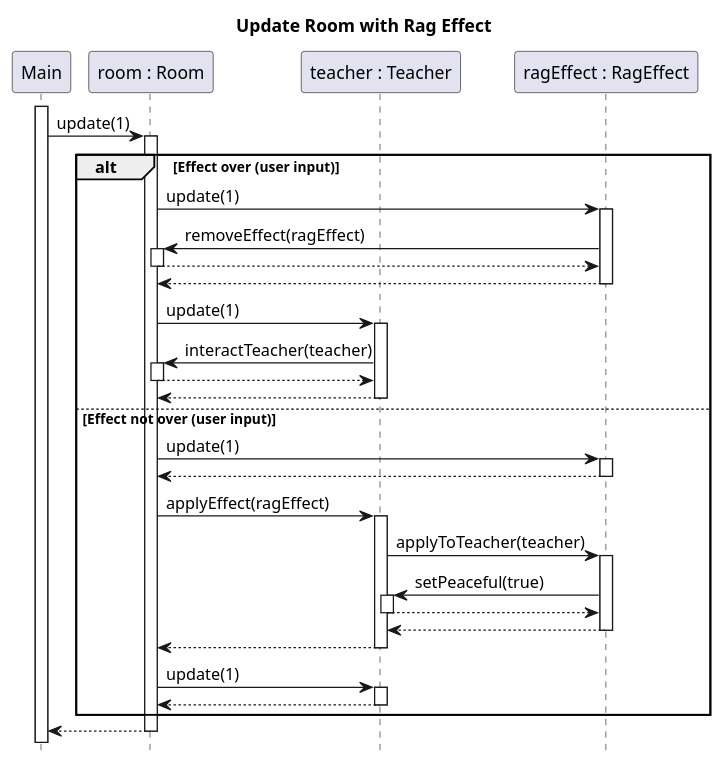
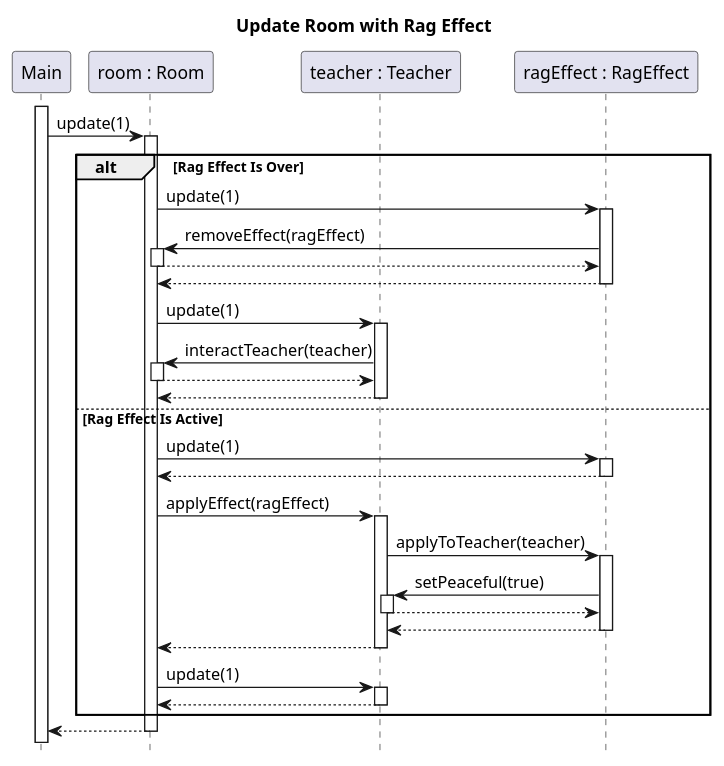
Before and after one commit to sn4k3ch4rm3r/logarlec: the diagram in docs/diagrams/test-sequence/room-update-rag-effect.puml, drawn with PlantUML. The commit also changed 11 other files, not shown here.

Commit message:
Fixed mistakes in test sequences

```diff
--- a/docs/diagrams/test-sequence/room-update-rag-effect.puml
+++ b/docs/diagrams/test-sequence/room-update-rag-effect.puml
@@ -1,38 +1,38 @@
 @startuml room-update-rag-effect
 title Update Room with Rag Effect
 hide footbox
 autoactivate on
 skinparam SequenceReferenceBackgroundColor white
 
 participant Main
 participant "room : Room" as room
 participant "teacher : Teacher" as teacher
 participant "ragEffect : RagEffect" as rag
 
 activate Main
 Main -> room : update(1)
-    alt Effect over (user input)
+    alt Rag Effect Is Over
     room -> rag : update(1)
         rag -> room : removeEffect(ragEffect)
         return
     return
     room -> teacher : update(1)
          teacher -> room : interactTeacher(teacher)
          return
     return
-    else Effect not over (user input)
+    else Rag Effect Is Active
     room -> rag : update(1)
     return
     room -> teacher : applyEffect(ragEffect)
         teacher -> rag : applyToTeacher(teacher)
             rag -> teacher : setPeaceful(true)
             return
         return
     return
     room -> teacher : update(1)
     return
 
     end
 
 return
 @enduml
```
